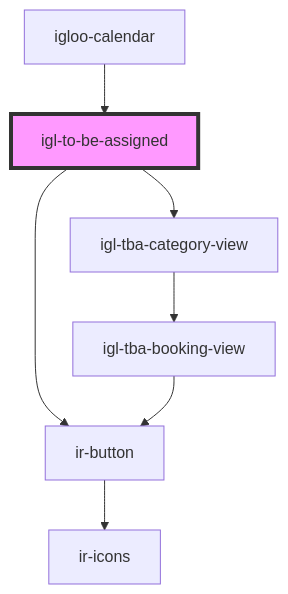
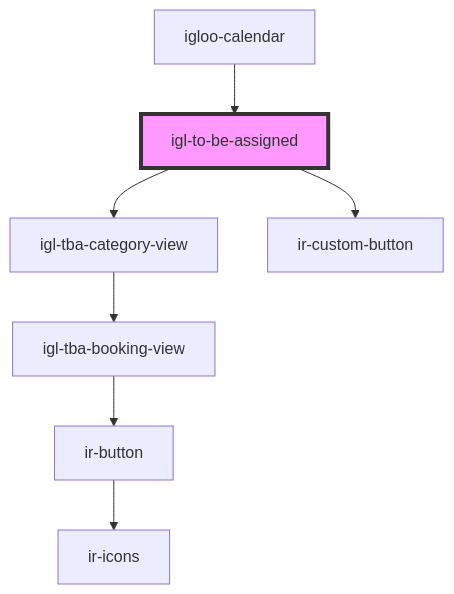
The diagram in src/components/igloo-calendar/igl-to-be-assigned/readme.md (RonyRizk/ir-webcmp), drawn with Mermaid before and after one commit. The commit also changed other lines of this file and 235 other files, not shown here.

````diff
--- a/src/components/igloo-calendar/igl-to-be-assigned/readme.md
+++ b/src/components/igloo-calendar/igl-to-be-assigned/readme.md
@@ -42,10 +42,10 @@
 ```mermaid
 graph TD;
   igl-to-be-assigned --> igl-tba-category-view
-  igl-to-be-assigned --> ir-button
+  igl-to-be-assigned --> ir-custom-button
   igl-tba-category-view --> igl-tba-booking-view
   igl-tba-booking-view --> ir-button
   ir-button --> ir-icons
   igloo-calendar --> igl-to-be-assigned
   style igl-to-be-assigned fill:#f9f,stroke:#333,stroke-width:4px
 ```
````
